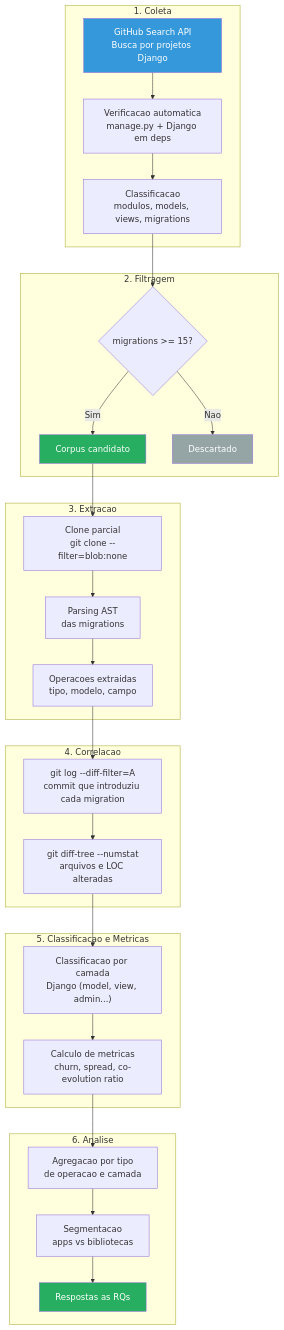
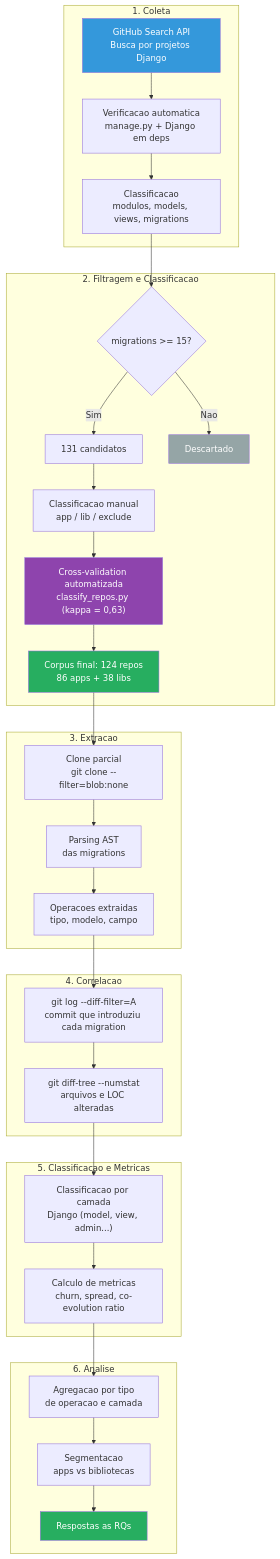
The first of 5 diagrams in docs/04-metodologia.md (gabrielrochass/tcc-schema-code-evolution), drawn with Mermaid before and after one commit. The commit also changed other lines of this file and 5 other files, not shown here.

First line of the commit message:
feat: add automated classification with cross-validation

````diff
--- a/docs/04-metodologia.md
+++ b/docs/04-metodologia.md
@@ -9,40 +9,44 @@
 ```mermaid
 flowchart TD
     subgraph "1. Coleta"
         A["GitHub Search API\nBusca por projetos Django"] --> B["Verificacao automatica\nmanage.py + Django em deps"]
         B --> C["Classificacao\nmodulos, models, views, migrations"]
     end
 
-    subgraph "2. Filtragem"
+    subgraph "2. Filtragem e Classificacao"
         C --> D{"migrations >= 15?"}
-        D -->|Sim| E["Corpus candidato"]
+        D -->|Sim| E["131 candidatos"]
         D -->|Nao| F["Descartado"]
+        E --> CL["Classificacao manual\napp / lib / exclude"]
+        CL --> CV["Cross-validation automatizada\nclassify_repos.py (kappa = 0,63)"]
+        CV --> E2["Corpus final: 124 repos\n86 apps + 38 libs"]
     end
 
     subgraph "3. Extracao"
-        E --> G["Clone parcial\ngit clone --filter=blob:none"]
+        E2 --> G["Clone parcial\ngit clone --filter=blob:none"]
         G --> H["Parsing AST\ndas migrations"]
         H --> I["Operacoes extraidas\ntipo, modelo, campo"]
     end
 
     subgraph "4. Correlacao"
         I --> J["git log --diff-filter=A\ncommit que introduziu cada migration"]
         J --> K["git diff-tree --numstat\narquivos e LOC alteradas"]
     end
 
     subgraph "5. Classificacao e Metricas"
         K --> L["Classificacao por camada\nDjango (model, view, admin...)"]
         L --> M["Calculo de metricas\nchurn, spread, co-evolution ratio"]
     end
 
     subgraph "6. Analise"
         M --> N["Agregacao por tipo\nde operacao e camada"]
         N --> O["Segmentacao\napps vs bibliotecas"]
         O --> P["Respostas as RQs"]
     end
 
     style A fill:#3498db,color:#fff
-    style E fill:#27ae60,color:#fff
+    style E2 fill:#27ae60,color:#fff
     style F fill:#95a5a6,color:#fff
     style P fill:#27ae60,color:#fff
+    style CV fill:#8e44ad,color:#fff
 ```
````
